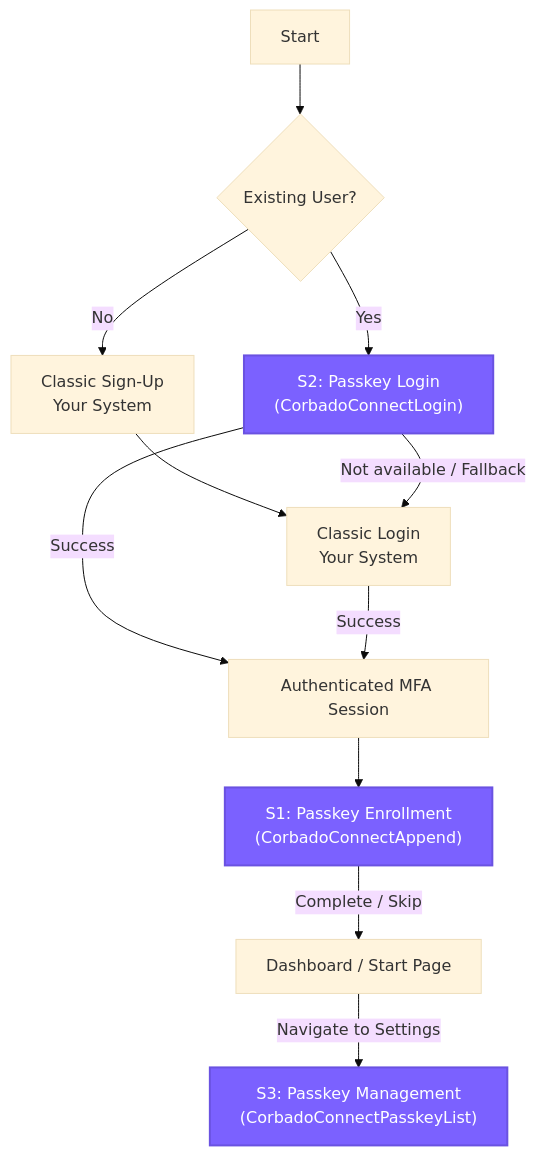
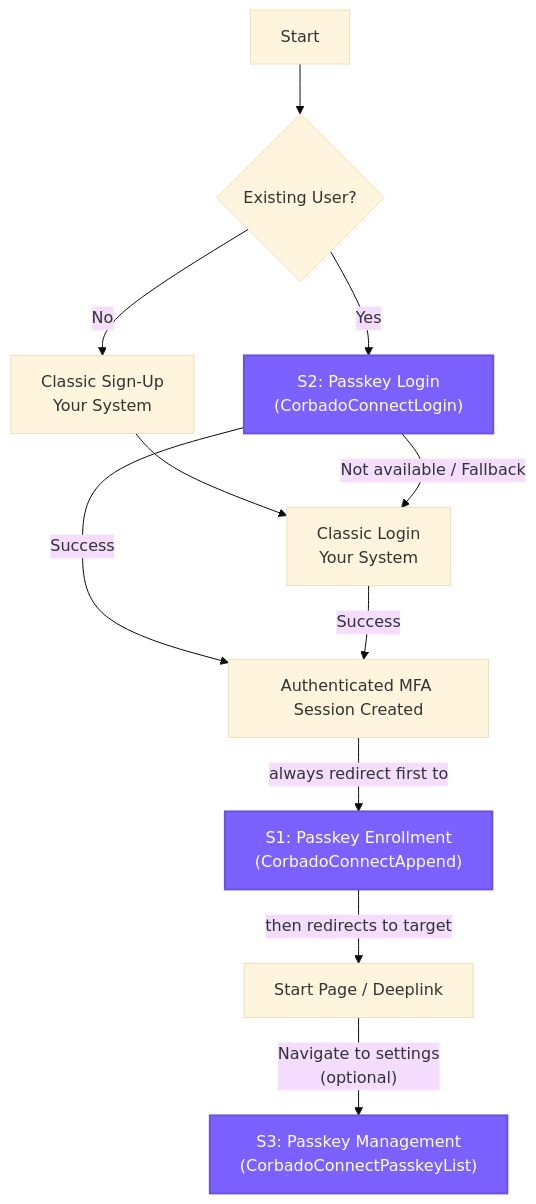
Before and after one commit to corbadotech/docs: the first of 5 diagrams in corbado-connect/integration/generic.mdx, drawn with Mermaid (base theme).

Commit message:
optimize corbado connect docs 6

````diff
--- a/corbado-connect/integration/generic.mdx
+++ b/corbado-connect/integration/generic.mdx
@@ -31,16 +31,16 @@
 ```mermaid
 graph TD
     A[Start] --> B{Existing User?};
     B -- No --> C[Classic Sign-Up<br/>Your System];
     C --> D[Classic Login<br/>Your System];
     B -- Yes --> H["S2: Passkey Login<br/>(CorbadoConnectLogin)"];
-    H -- Success --> AuthSession["Authenticated MFA Session"];
+    H -- Success --> AuthSession["Authenticated MFA Session Created"];
     H -- Not available / Fallback --> D;
     D -- Success --> AuthSession;
-    AuthSession --> F["S1: Passkey Enrollment<br/>(CorbadoConnectAppend)"];
-    F -- "Complete / Skip" --> Dashboard["Dashboard / Start Page"];
-    Dashboard -- "Navigate to Settings" --> I["S3: Passkey Management<br/>(CorbadoConnectPasskeyList)"];
+    AuthSession -- always redirect first to --> F["S1: Passkey Enrollment<br/>(CorbadoConnectAppend)"];
+    F -- "then redirects to target" --> Dashboard["Start Page / Deeplink"];
+    Dashboard -- "Navigate to settings <br/>(optional)" --> I["S3: Passkey Management<br/>(CorbadoConnectPasskeyList)"];
 
     classDef corbadoStep fill:#7B61FF,color:#fff,stroke:#6A52E1,stroke-width:2px
     class H,F,I corbadoStep
 ```
````
